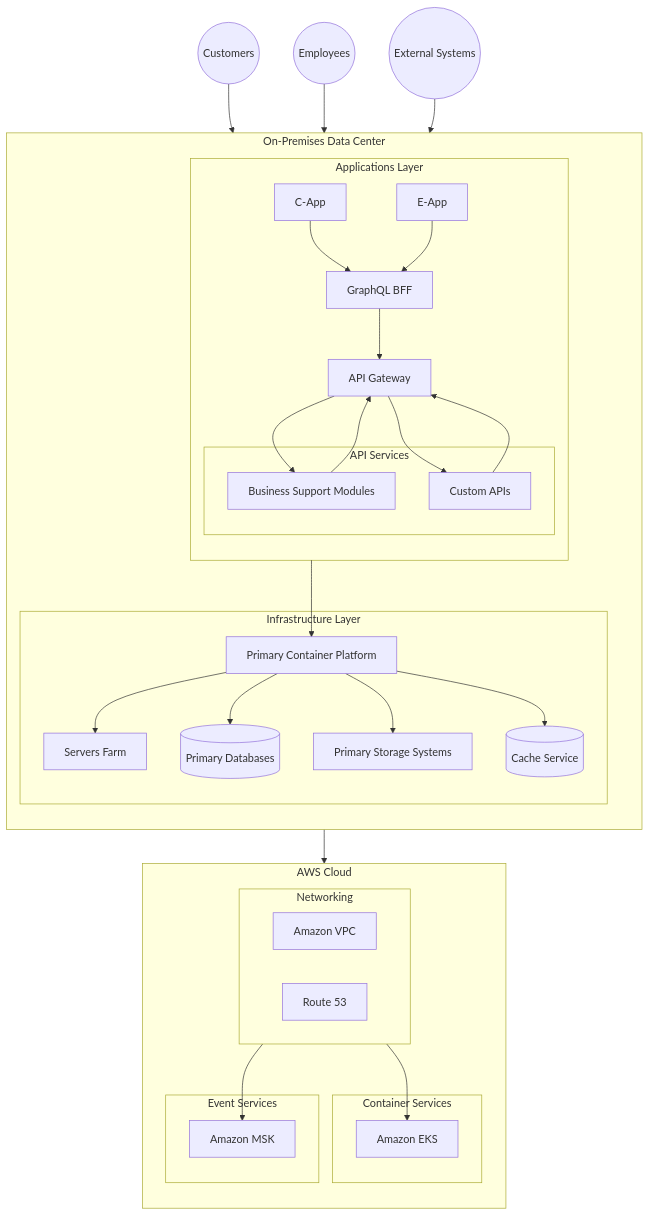
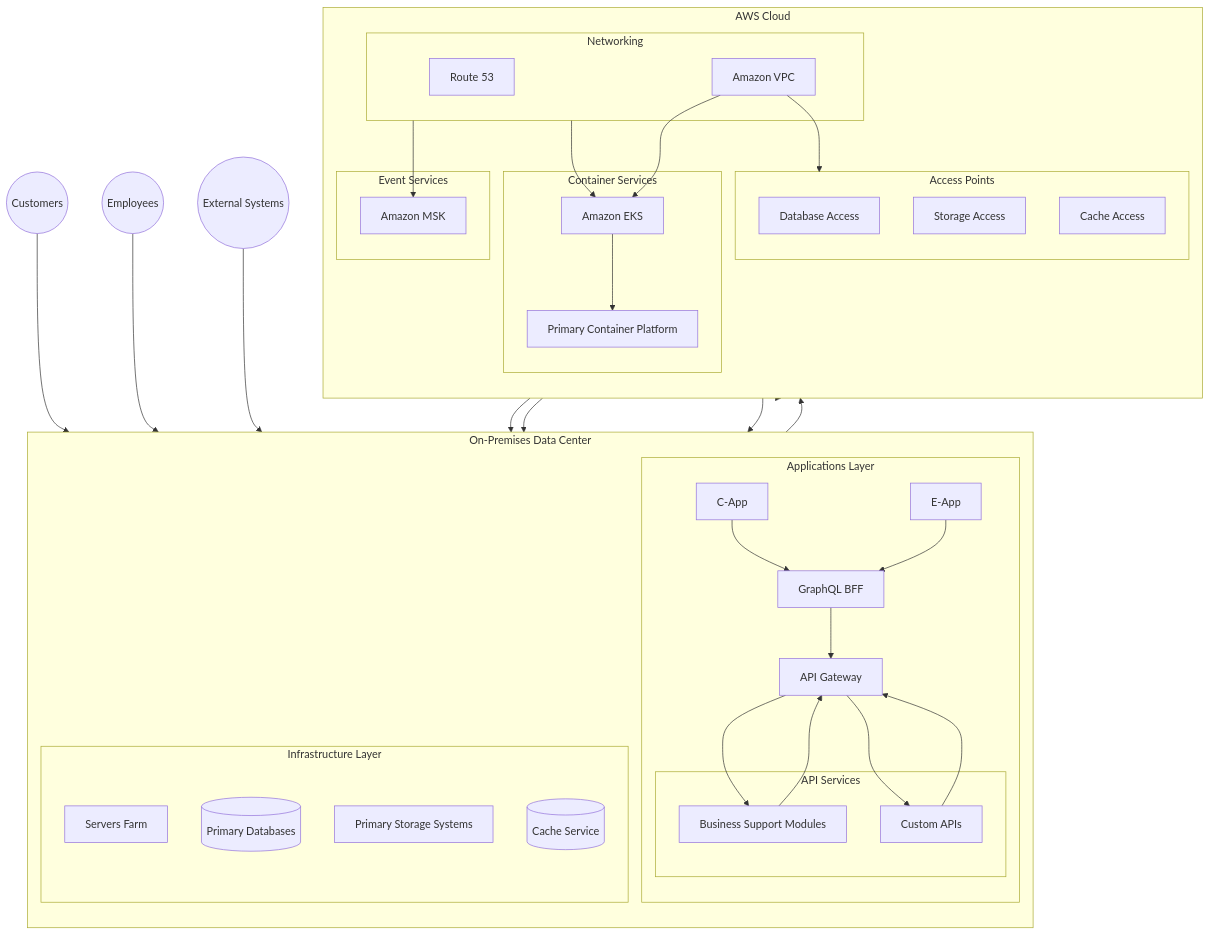
Before and after one commit to henryrestive/infra-docs: the diagram in AWS-HybridCloud.md, drawn with Mermaid. The commit also changed 2 other files, not shown here.

Commit message:
Update diagram

````diff
--- a/AWS-HybridCloud.md
+++ b/AWS-HybridCloud.md
@@ -8,63 +8,71 @@
 ```mermaid
 graph TB
     subgraph OnPrem[On-Premises Data Center]
         direction TB
         subgraph Apps[Applications Layer]
             CApp[C-App]
             EApp[E-App]
             subgraph API[API Services]
                 BSM[Business Support Modules]
                 CustomAPI[Custom APIs]
             end
             BFF[GraphQL BFF]
             Gateway[API Gateway]
         end
         
         subgraph Infrastructure[Infrastructure Layer]
             ServersFarm[Servers Farm]
-            ContainerPlatform[Primary Container Platform]
             PrimaryDB[(Primary Databases)]
             PrimaryStorage[Primary Storage Systems]
             CacheService[(Cache Service)]
         end
     end
 
     subgraph AWS[AWS Cloud]
         direction TB
         subgraph Network[Networking]
             VPC[Amazon VPC]
             Route53[Route 53]
         end
         
         subgraph Compute[Container Services]
             EKS[Amazon EKS]
+            ContainerPlatform[Primary Container Platform]
+        end
+        
+        subgraph Access[Access Points]
+            DBAccess[Database Access]
+            StorageAccess[Storage Access]
+            CacheAccess[Cache Access]
         end
         
         subgraph Messaging[Event Services]
             MSK[Amazon MSK]
         end
     end
 
     %% External entities
     Customers((Customers))
     Employees((Employees))
     ExternalSystems((External Systems))
 
     %% Connections
     CApp & EApp --> BFF
     BFF --> Gateway
     BSM & CustomAPI --> Gateway
     Gateway --> BSM
     Gateway --> CustomAPI
     Customers --> CApp
     Employees --> EApp
     ExternalSystems --> Gateway
     Apps --> ContainerPlatform
-    ContainerPlatform --> ServersFarm
-    ContainerPlatform --> PrimaryDB
-    ContainerPlatform --> PrimaryStorage
-    ContainerPlatform --> CacheService
     Infrastructure --> Network
     Network --> EKS
     Network --> MSK
+    VPC --> EKS
+    EKS --> ContainerPlatform
+    VPC --> Access
+    DBAccess --> PrimaryDB
+    StorageAccess --> PrimaryStorage
+    CacheAccess --> CacheService
 ```
````
